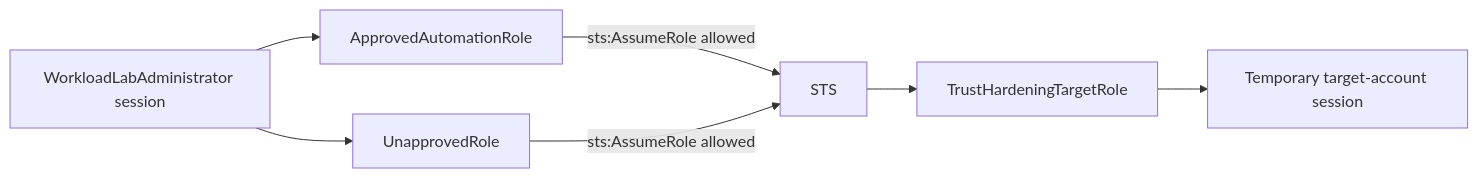
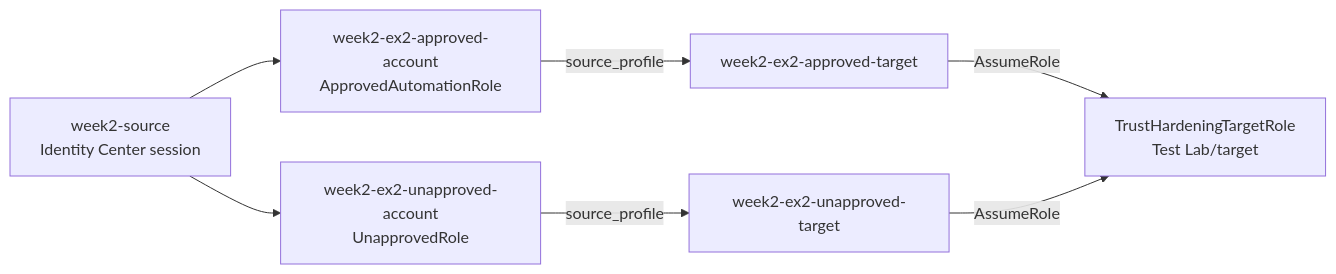
One commit to yduchesne/aws-security changed the first of 3 diagrams in docs/lab/week2/exercise2/exercise2-instructions.md. Above: the diagram before and after it, drawn with Mermaid. The commit also changed other lines of this file and 41 other files, not shown here.

````diff
--- a/docs/lab/week2/exercise2/exercise2-instructions.md
+++ b/docs/lab/week2/exercise2/exercise2-instructions.md
@@ -48,9 +80,9 @@
 ```mermaid
 flowchart LR
-    User[WorkloadLabAdministrator session] --> Approved[ApprovedAutomationRole]
-    User --> Unapproved[UnapprovedRole]
-    Approved -->|sts:AssumeRole allowed| STS[STS]
-    Unapproved -->|sts:AssumeRole allowed| STS
-    STS --> Target[TrustHardeningTargetRole]
-    Target --> Result[Temporary target-account session]
+    SSO[week2-source<br/>Identity Center session] --> AC[week2-ex2-approved-account<br/>ApprovedAutomationRole]
+    SSO --> UC[week2-ex2-unapproved-account<br/>UnapprovedRole]
+    AC -->|source_profile| AT[week2-ex2-approved-target]
+    UC -->|source_profile| UT[week2-ex2-unapproved-target]
+    AT -->|AssumeRole| Target[TrustHardeningTargetRole<br/>Test Lab/target]
+    UT -->|AssumeRole| Target
 ```
````
